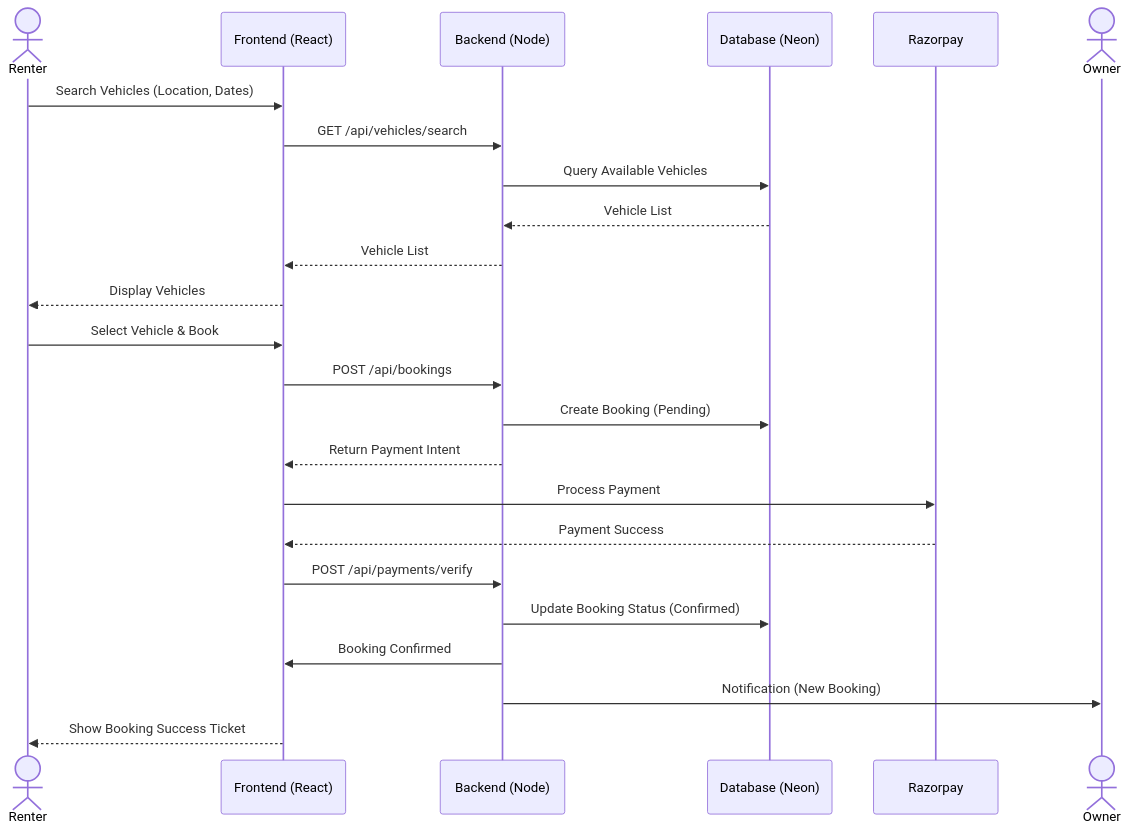
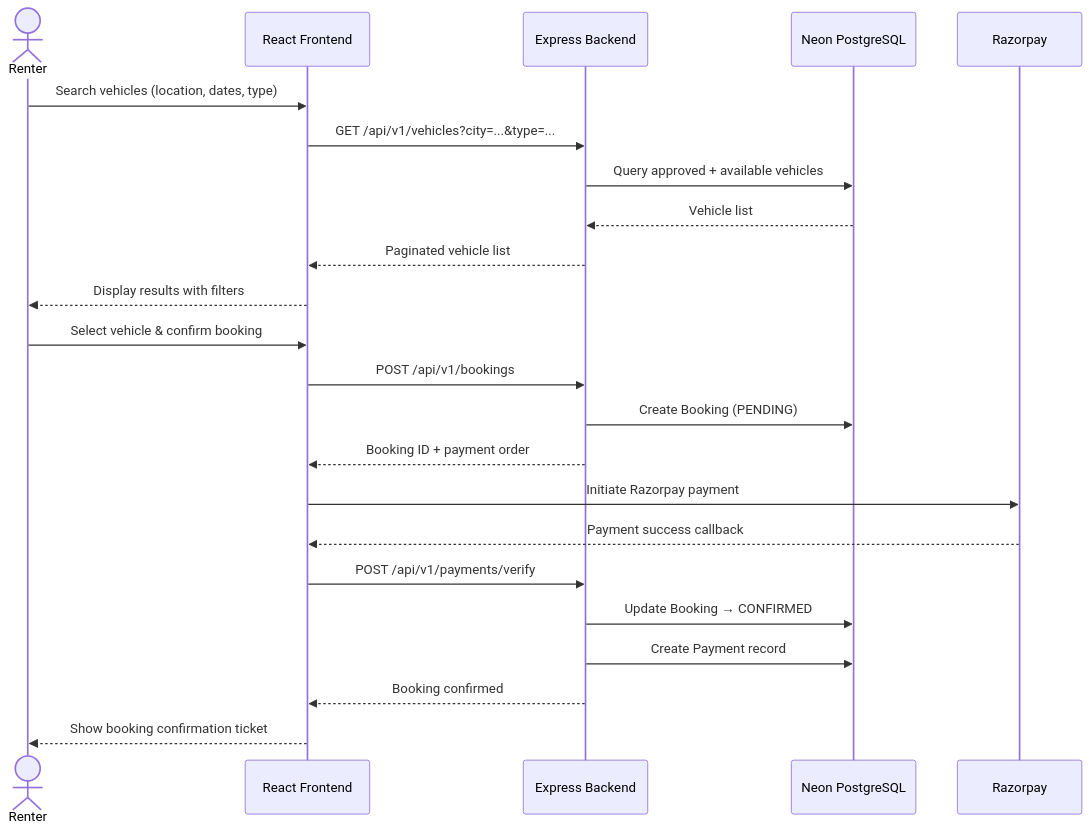
Before and after one commit to Piyush200516/CarBoom: the third of 4 diagrams in README.md, drawn with Mermaid. The commit also changed other lines of this file, not shown here.

````diff
--- a/README.md
+++ b/README.md
@@ -223,30 +214,29 @@
 ```mermaid
 sequenceDiagram
     actor Renter
-    participant Client as Frontend (React)
-    participant Server as Backend (Node)
-    participant DB as Database (Neon)
-    participant Payment as Razorpay
-    actor Owner
+    participant Client as React Frontend
+    participant Server as Express Backend
+    participant DB as Neon PostgreSQL
+    participant Pay as Razorpay
 
-    Renter->>Client: Search Vehicles (Location, Dates)
-    Client->>Server: GET /api/vehicles/search
-    Server->>DB: Query Available Vehicles
-    DB-->>Server: Vehicle List
-    Server-->>Client: Vehicle List
-    Client-->>Renter: Display Vehicles
-    
-    Renter->>Client: Select Vehicle & Book
-    Client->>Server: POST /api/bookings
-    Server->>DB: Create Booking (Pending)
-    Server-->>Client: Return Payment Intent
-    
-    Client->>Payment: Process Payment
-    Payment-->>Client: Payment Success
-    
-    Client->>Server: POST /api/payments/verify
-    Server->>DB: Update Booking Status (Confirmed)
-    Server->>Client: Booking Confirmed
-    Server->>Owner: Notification (New Booking)
-    Client-->>Renter: Show Booking Success Ticket
+    Renter->>Client: Search vehicles (location, dates, type)
+    Client->>Server: GET /api/v1/vehicles?city=...&type=...
+    Server->>DB: Query approved + available vehicles
+    DB-->>Server: Vehicle list
+    Server-->>Client: Paginated vehicle list
+    Client-->>Renter: Display results with filters
+
+    Renter->>Client: Select vehicle & confirm booking
+    Client->>Server: POST /api/v1/bookings
+    Server->>DB: Create Booking (PENDING)
+    Server-->>Client: Booking ID + payment order
+
+    Client->>Pay: Initiate Razorpay payment
+    Pay-->>Client: Payment success callback
+
+    Client->>Server: POST /api/v1/payments/verify
+    Server->>DB: Update Booking → CONFIRMED
+    Server->>DB: Create Payment record
+    Server-->>Client: Booking confirmed
+    Client-->>Renter: Show booking confirmation ticket
 ```
````
